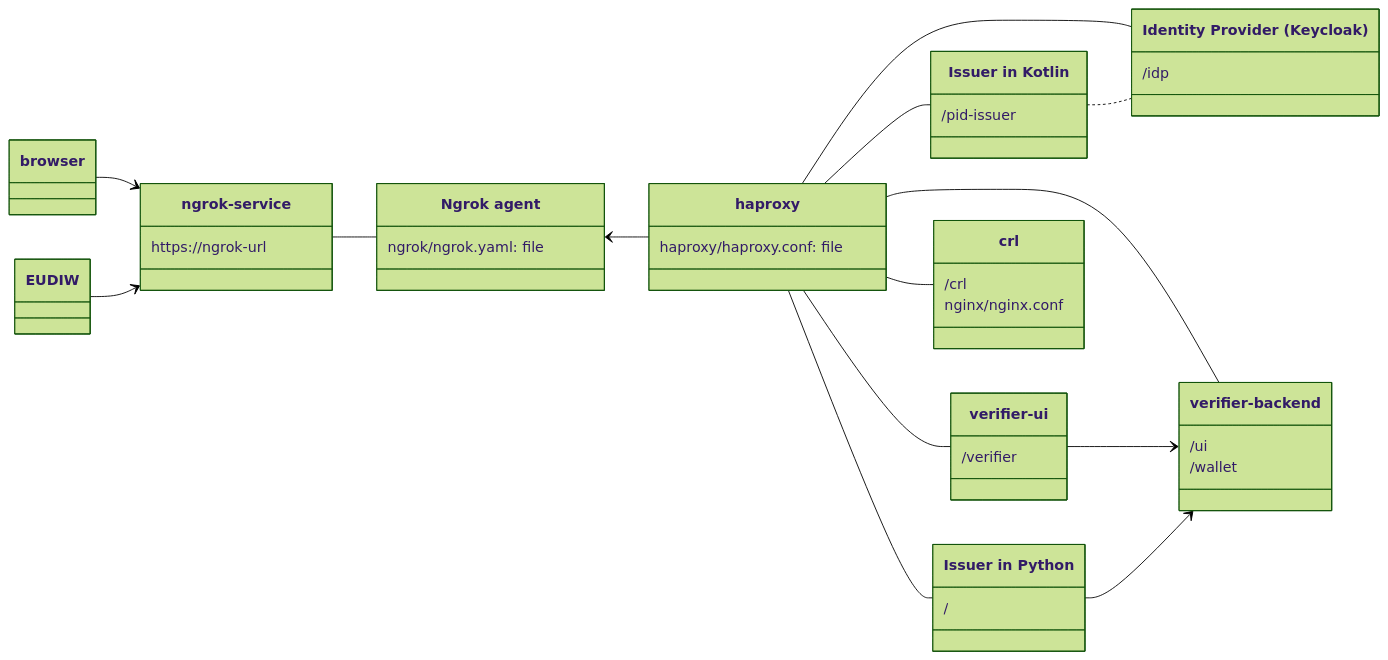
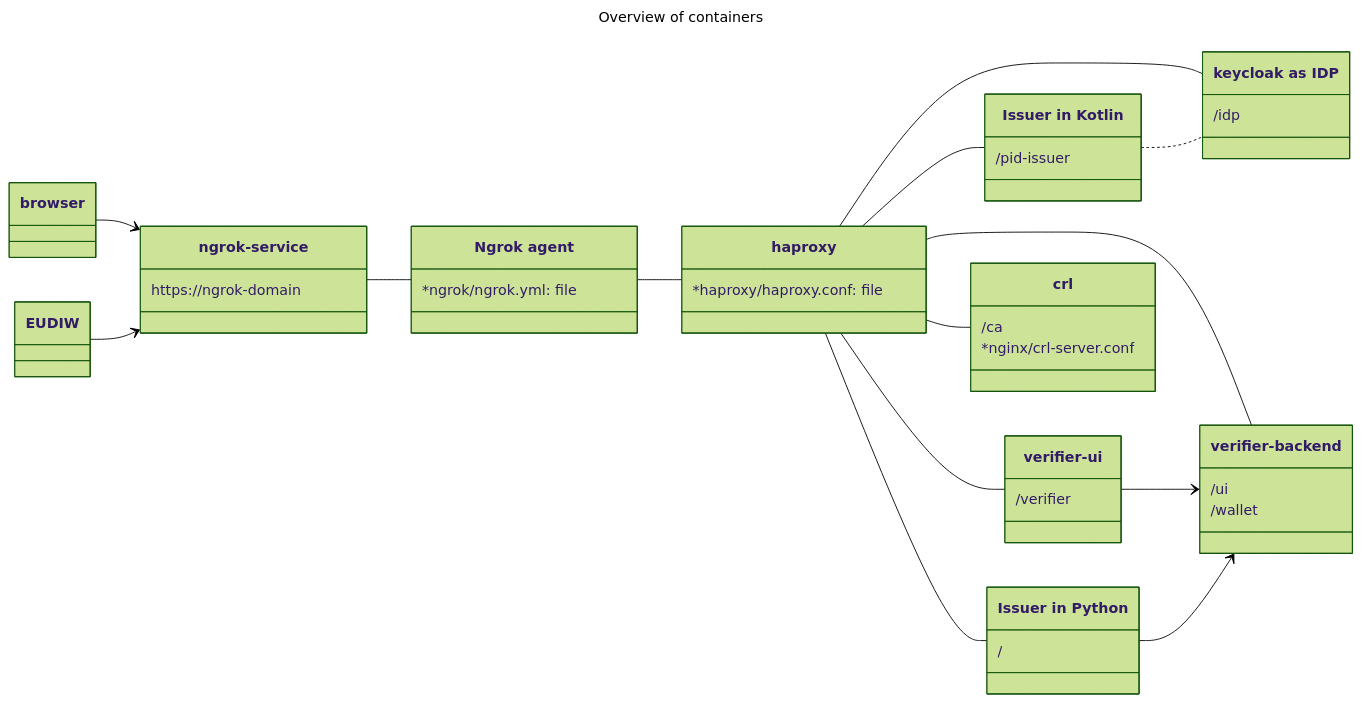
One commit to potential-nl-blsp/eudi-poc-nl changed the diagram in README.md. Above: the diagram before and after it, drawn with Mermaid (forest theme). The commit also changed other lines of this file, not shown here.

Commit message:
updated instructions

````diff
--- a/README.md
+++ b/README.md
@@ -3,60 +7,65 @@
 ```mermaid
+---
+title: Overview of containers
+---
 classDiagram
     direction LR
 
     class browser { }
 
     class EUDIW { }
     
     class ngrok-service { 
-        https://ngrok-url
+        https://ngrok-domain
     }
 
     class ngrok["Ngrok agent"] {  
-        ngrok/ngrok.yaml: file
+        *ngrok/ngrok.yml: file
     }
 
     class haproxy { 
-        haproxy/haproxy.conf: file
+        *haproxy/haproxy.conf: file
     }
     
     class verifier-ui { 
         /verifier
     }
-    
+ 
     class verifier-backend {
         /ui
         /wallet
     }
     
     class py-issuer["Issuer in Python"] { 
         /
     }
     
     class pid-issuer["Issuer in Kotlin"] {
         /pid-issuer
     }
 
-    class idp["Identity Provider (Keycloak)"] {
+    class keycloak["keycloak as IDP"] {
         /idp
     } 
 
     class crl {
-        /crl
-        nginx/nginx.conf
+        /ca
+        *nginx/crl-server.conf
     }
 
     browser --> ngrok-service
     EUDIW --> ngrok-service
     ngrok-service -- ngrok
-    ngrok <-- haproxy
+    ngrok -- haproxy
     haproxy -- pid-issuer
-    haproxy -- idp
-    pid-issuer .. idp
+    haproxy -- keycloak
+    pid-issuer .. keycloak
     haproxy -- py-issuer
     haproxy -- crl
     haproxy -- verifier-ui
     haproxy -- verifier-backend
     verifier-ui --> verifier-backend
     py-issuer --> verifier-backend
+
+
 ```
````
